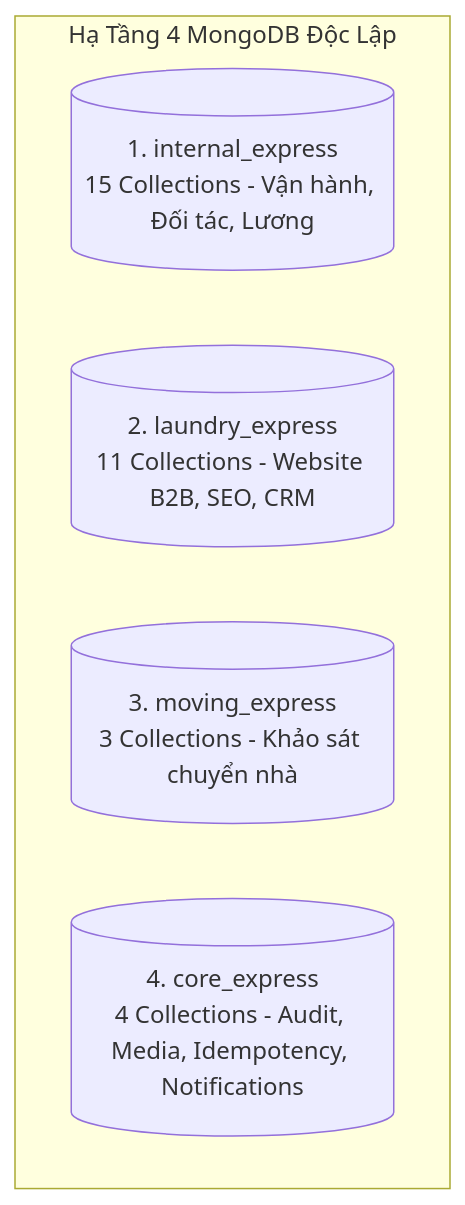
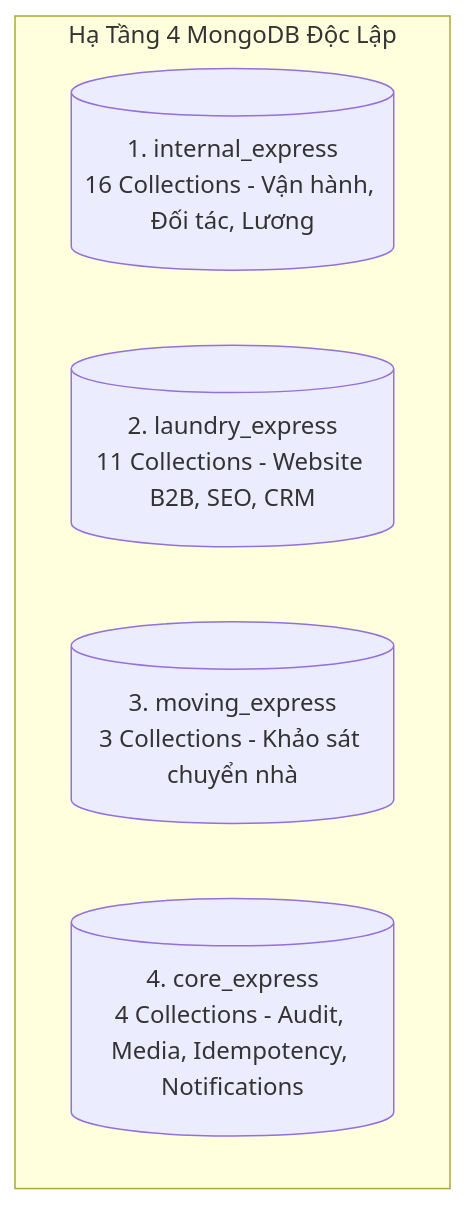
Before and after one commit to huyhoang011004/Project_Thanh_Xuan_Company: the first of 3 diagrams in .agents/docs/DATABASE_DICTIONARY.md, drawn with Mermaid. The commit also changed other lines of this file and 13 other files, not shown here.

````diff
--- a/.agents/docs/DATABASE_DICTIONARY.md
+++ b/.agents/docs/DATABASE_DICTIONARY.md
@@ -13,9 +13,9 @@
 ```mermaid
 graph TD
     subgraph Multi_Database_Topology ["Hạ Tầng 4 MongoDB Độc Lập"]
-        DB_Internal[("1. internal_express<br/>15 Collections - Vận hành, Đối tác, Lương")]
+        DB_Internal[("1. internal_express<br/>16 Collections - Vận hành, Đối tác, Lương")]
         DB_Laundry[("2. laundry_express<br/>11 Collections - Website B2B, SEO, CRM")]
         DB_Moving[("3. moving_express<br/>3 Collections - Khảo sát chuyển nhà")]
         DB_Core[("4. core_express<br/>4 Collections - Audit, Media, Idempotency, Notifications")]
     end
 ```
````
